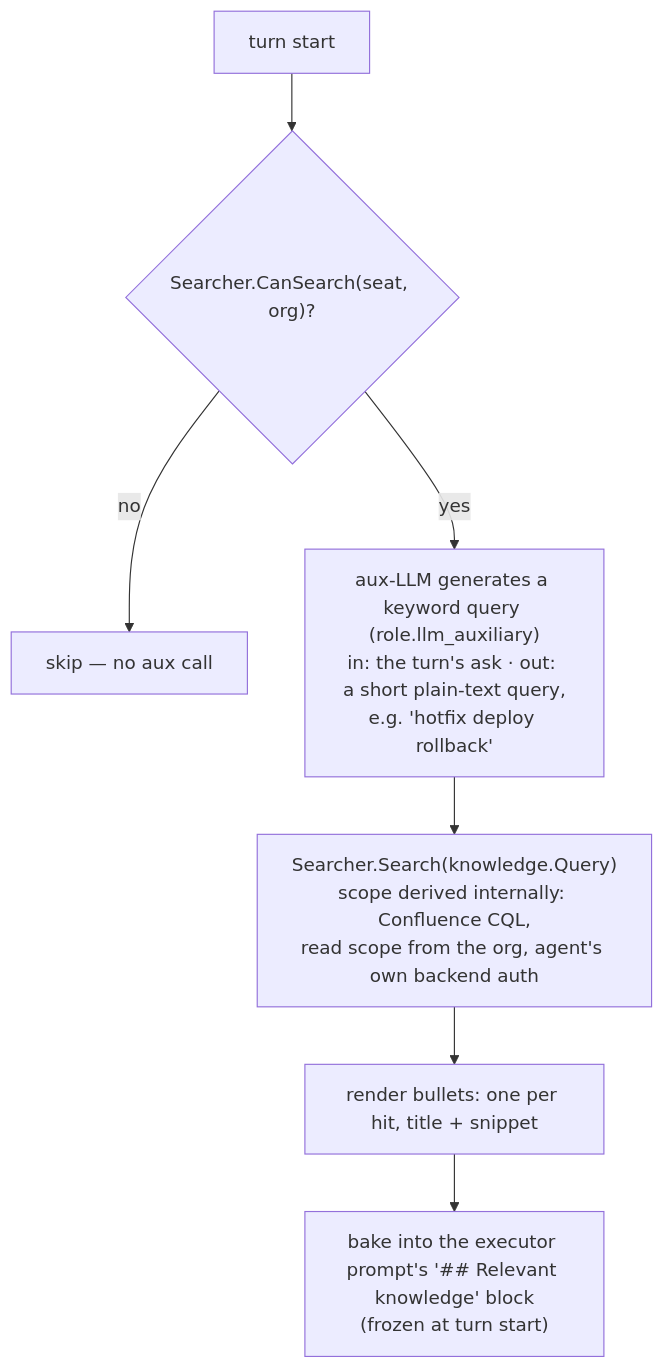
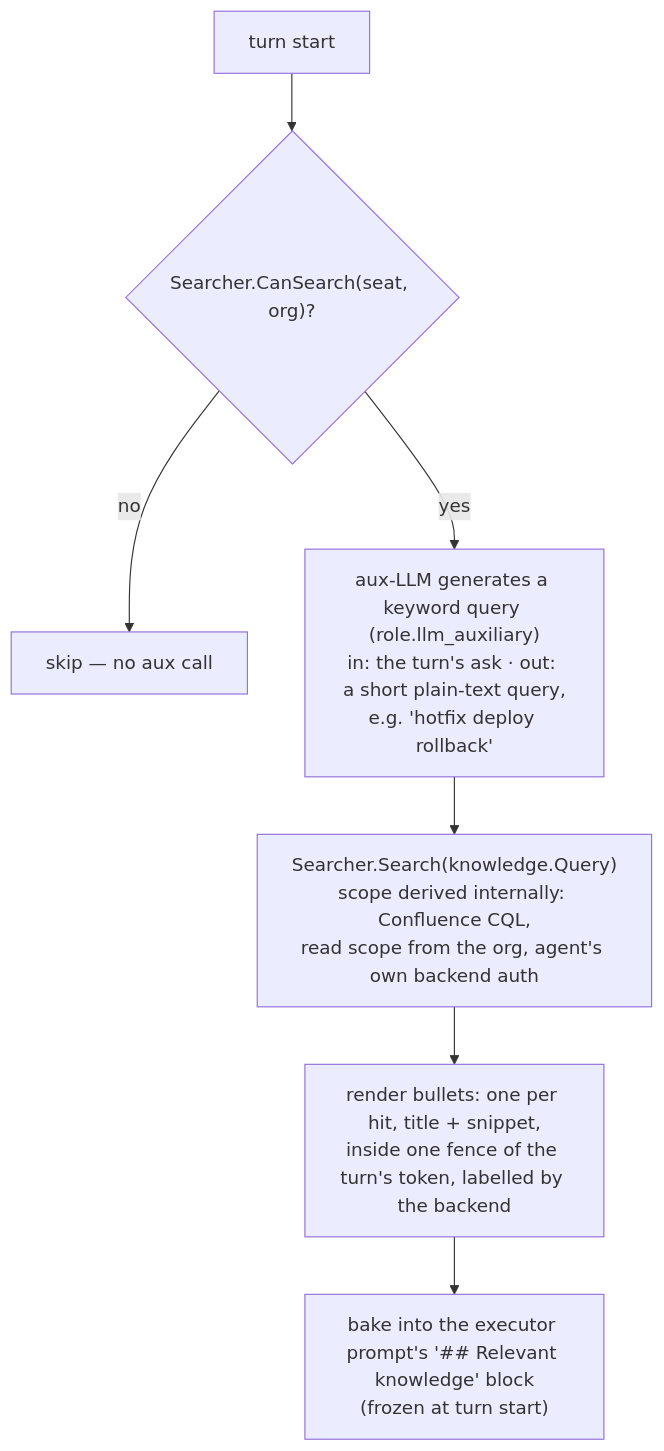
One commit to crewlet/crewlet changed the second of 2 diagrams in docs/concepts/agent-learning.md. Above: the diagram before and after it, drawn with Mermaid. The commit also changed other lines of this file and 16 other files, not shown here.

````diff
--- a/docs/concepts/agent-learning.md
+++ b/docs/concepts/agent-learning.md
@@ -257,9 +257,9 @@
 ```mermaid
 flowchart TD
     A["turn start"] --> B{"Searcher.CanSearch(seat, org)?"}
     B -->|no| SKIP["skip — no aux call"]
     B -->|yes| C["aux-LLM generates a keyword query (role.llm_auxiliary)<br/>in: the turn's ask · out: a short plain-text query,<br/>e.g. 'hotfix deploy rollback'"]
     C --> D["Searcher.Search(knowledge.Query)<br/>scope derived internally: Confluence CQL,<br/>read scope from the org, agent's own backend auth"]
-    D --> E["render bullets: one per hit, title + snippet"]
+    D --> E["render bullets: one per hit, title + snippet,<br/>inside one fence of the turn's token, labelled by the backend"]
     E --> F["bake into the executor prompt's '## Relevant knowledge' block<br/>(frozen at turn start)"]
 ```
````
